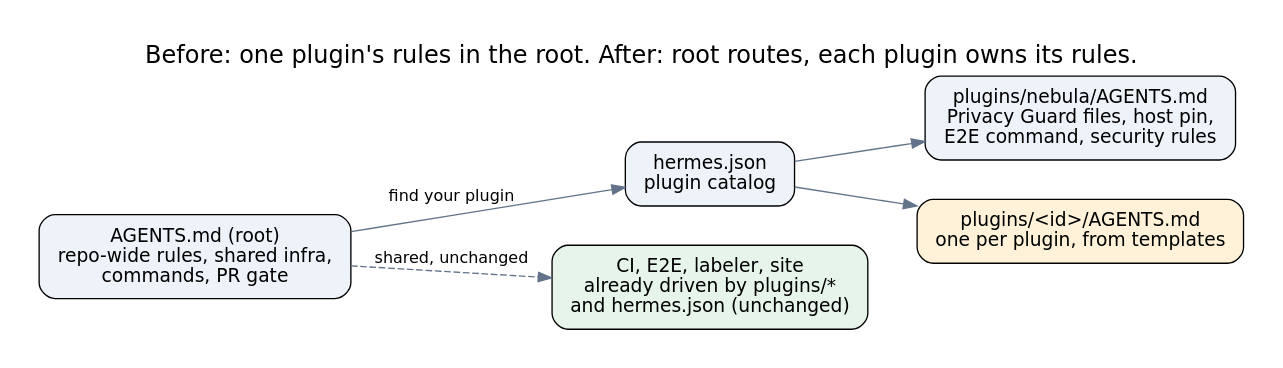
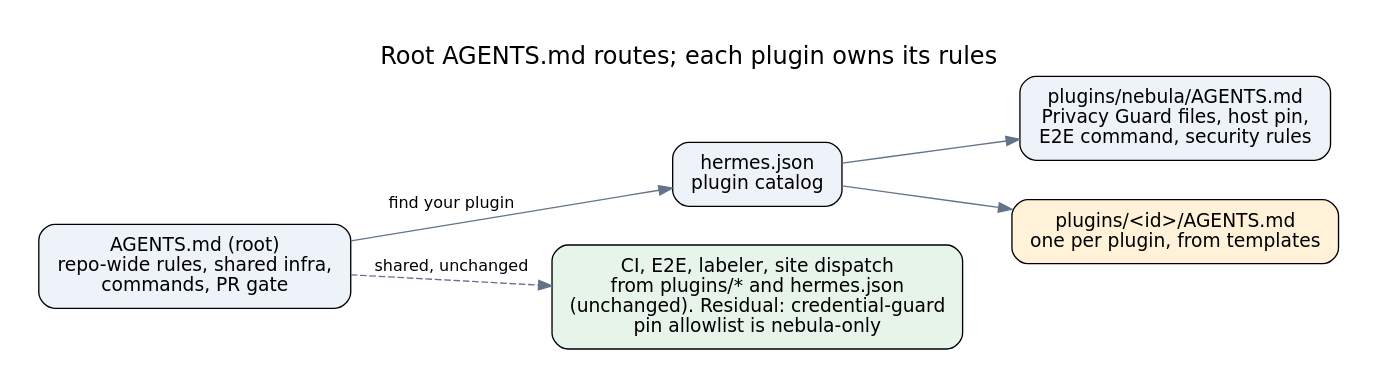
Before and after one commit to Abelion512/AHP: the diagram in docs/assets/diagrams/2-plugin-guidance-routing.dot, drawn with Graphviz. The commit also changed 1 other file, not shown here.

Commit message:
docs: caveat residual credential-guard pin allowlist in routing diagram

```diff
--- a/docs/assets/diagrams/2-plugin-guidance-routing.dot
+++ b/docs/assets/diagrams/2-plugin-guidance-routing.dot
@@ -1,13 +1,13 @@
 digraph G {
- graph [rankdir=LR,bgcolor="white",pad="0.3",nodesep="0.4",ranksep="0.5",label="Before: one plugin's rules in the root. After: root routes, each plugin owns its rules.",labelloc=t,fontsize=18,fontname="DejaVu Sans"];
+ graph [rankdir=LR,bgcolor="white",pad="0.3",nodesep="0.4",ranksep="0.5",label="Root AGENTS.md routes; each plugin owns its rules",labelloc=t,fontsize=18,fontname="DejaVu Sans"];
  node [shape=box,style="rounded,filled",fillcolor="#EEF3FA",fontname="DejaVu Sans",fontsize=14,margin="0.2,0.12"];
  edge [fontname="DejaVu Sans",fontsize=12,color="#62738A"];
  root [label="AGENTS.md (root)\nrepo-wide rules, shared infra,\ncommands, PR gate"];
  cat [label="hermes.json\nplugin catalog"];
  neb [label="plugins/nebula/AGENTS.md\nPrivacy Guard files, host pin,\nE2E command, security rules"];
  next [label="plugins/<id>/AGENTS.md\none per plugin, from templates",fillcolor="#FFF2D9"];
- ci [label="CI, E2E, labeler, site\nalready driven by plugins/*\nand hermes.json (unchanged)",fillcolor="#E6F4EA"];
+ ci [label="CI, E2E, labeler, site dispatch\nfrom plugins/* and hermes.json\n(unchanged). Residual: credential-guard\npin allowlist is nebula-only",fillcolor="#E6F4EA"];
  root -> cat [label="find your plugin"];
  cat -> neb; cat -> next;
  root -> ci [label="shared, unchanged",style=dashed];
 }
```
